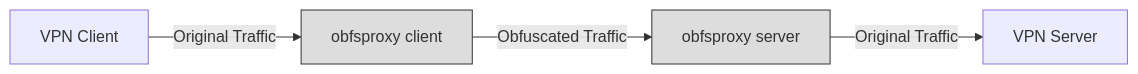
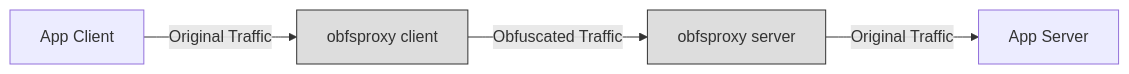
One commit to askolesov/obfsproxy changed the diagram in README.md. Above: the diagram before and after it, drawn with Mermaid.

````diff
--- a/README.md
+++ b/README.md
@@ -5,9 +5,9 @@
 ```mermaid
 graph LR
-    client[VPN Client] -->|Original Traffic| proxy1[obfsproxy client]
+    client[App Client] -->|Original Traffic| proxy1[obfsproxy client]
     proxy1 -->|Obfuscated Traffic| proxy2[obfsproxy server]
-    proxy2 -->|Original Traffic| server[VPN Server]
+    proxy2 -->|Original Traffic| server[App Server]
     
     style proxy1 fill:#ddd,stroke:#333
     style proxy2 fill:#ddd,stroke:#333
 ```
````
